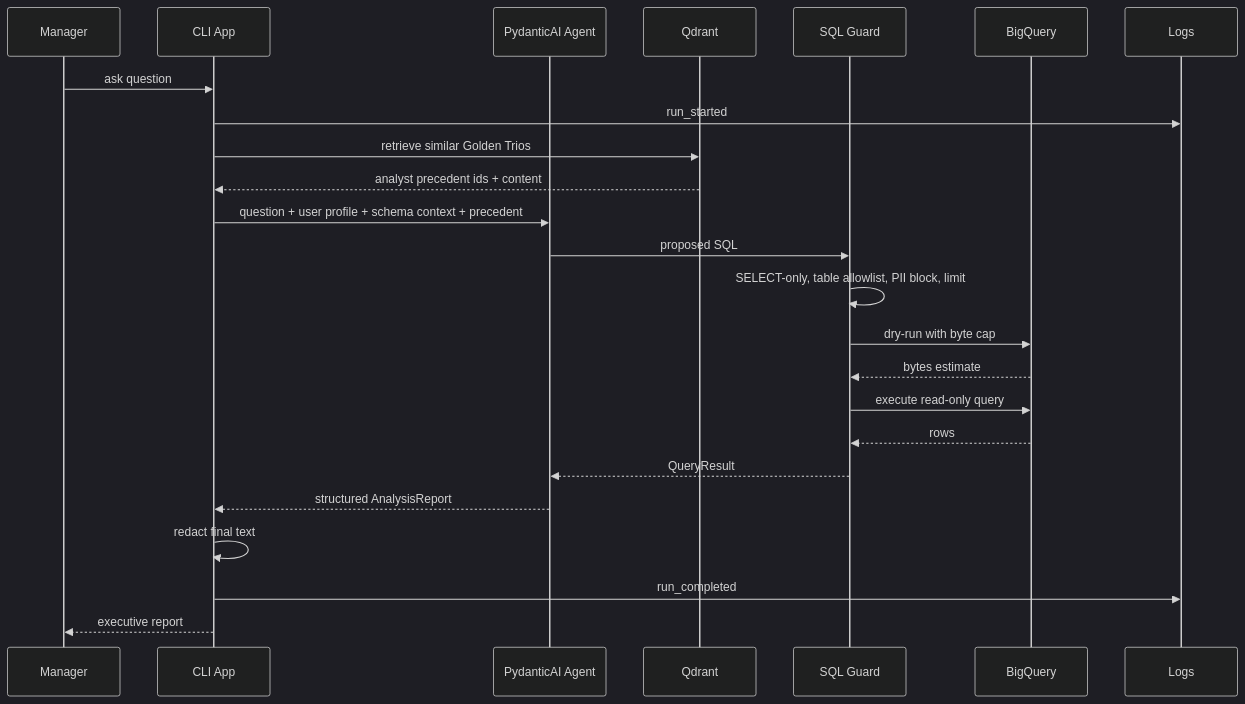
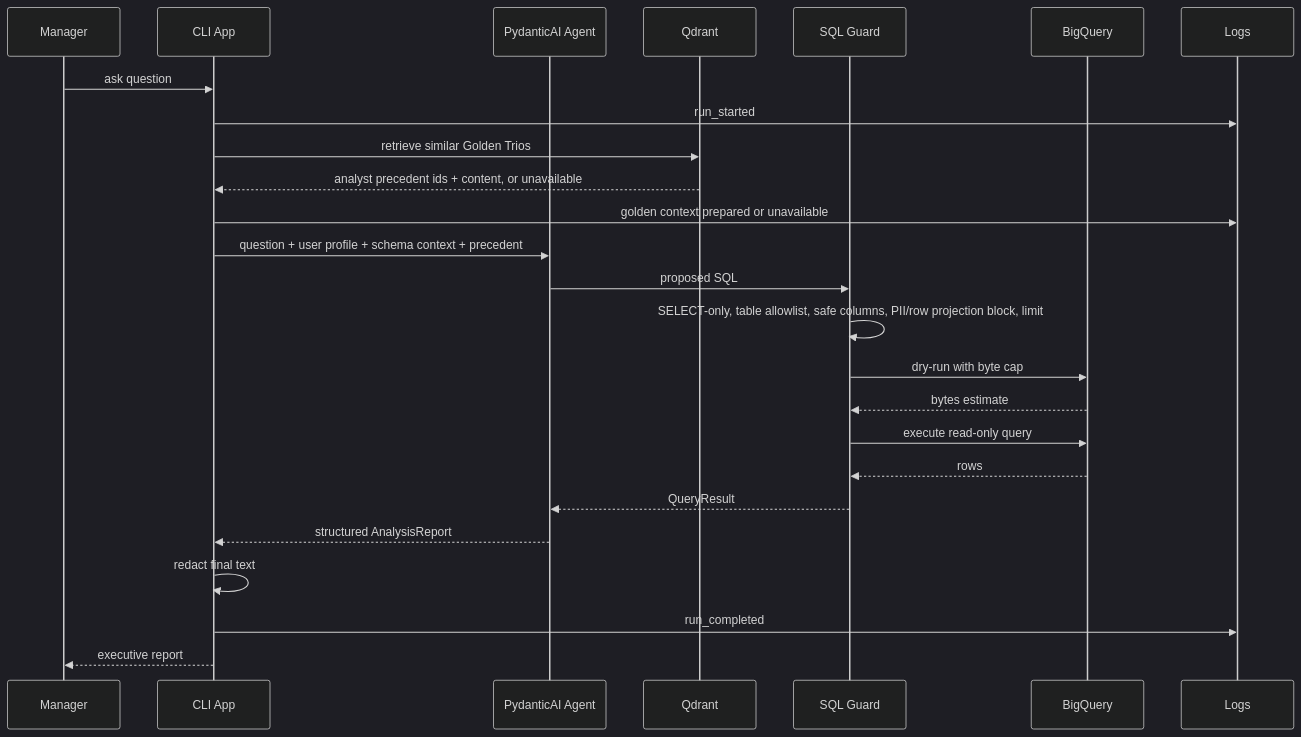
The second of 2 diagrams in docs/architecture.md (eugenenazirov/data-analysis-chat-assistant), drawn with Mermaid (dark theme) before and after one commit. The commit also changed other lines of this file and 5 other files, not shown here.

````diff
--- a/docs/architecture.md
+++ b/docs/architecture.md
@@ -24,27 +24,28 @@
 ```mermaid
 sequenceDiagram
     participant U as Manager
     participant CLI as CLI App
     participant A as PydanticAI Agent
     participant Q as Qdrant
     participant G as SQL Guard
     participant B as BigQuery
     participant L as Logs
 
     U->>CLI: ask question
     CLI->>L: run_started
     CLI->>Q: retrieve similar Golden Trios
-    Q-->>CLI: analyst precedent ids + content
+    Q-->>CLI: analyst precedent ids + content, or unavailable
+    CLI->>L: golden context prepared or unavailable
     CLI->>A: question + user profile + schema context + precedent
     A->>G: proposed SQL
-    G->>G: SELECT-only, table allowlist, PII block, limit
+    G->>G: SELECT-only, table allowlist, safe columns, PII/row projection block, limit
     G->>B: dry-run with byte cap
     B-->>G: bytes estimate
     G->>B: execute read-only query
     B-->>G: rows
     G-->>A: QueryResult
     A-->>CLI: structured AnalysisReport
     CLI->>CLI: redact final text
     CLI->>L: run_completed
     CLI-->>U: executive report
 ```
````
